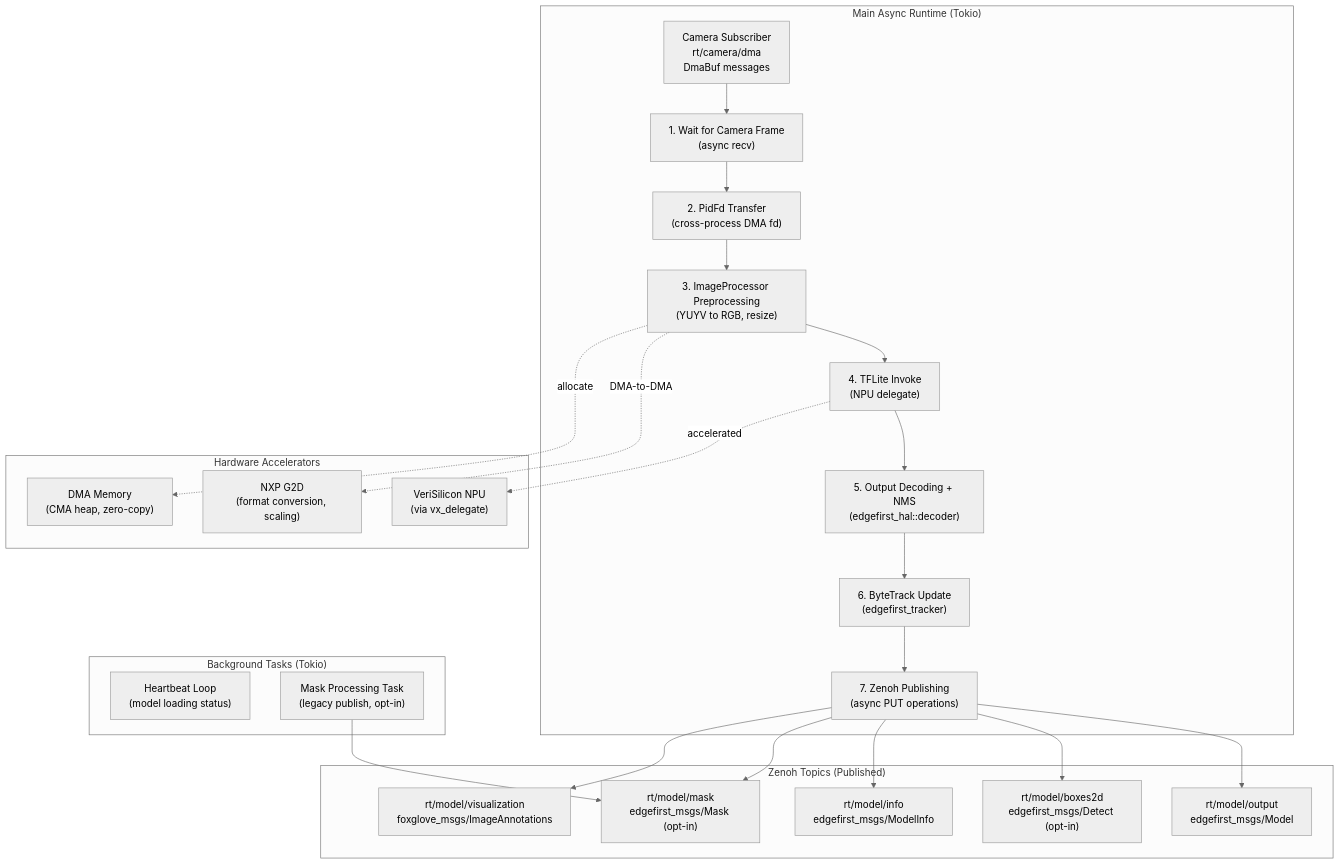
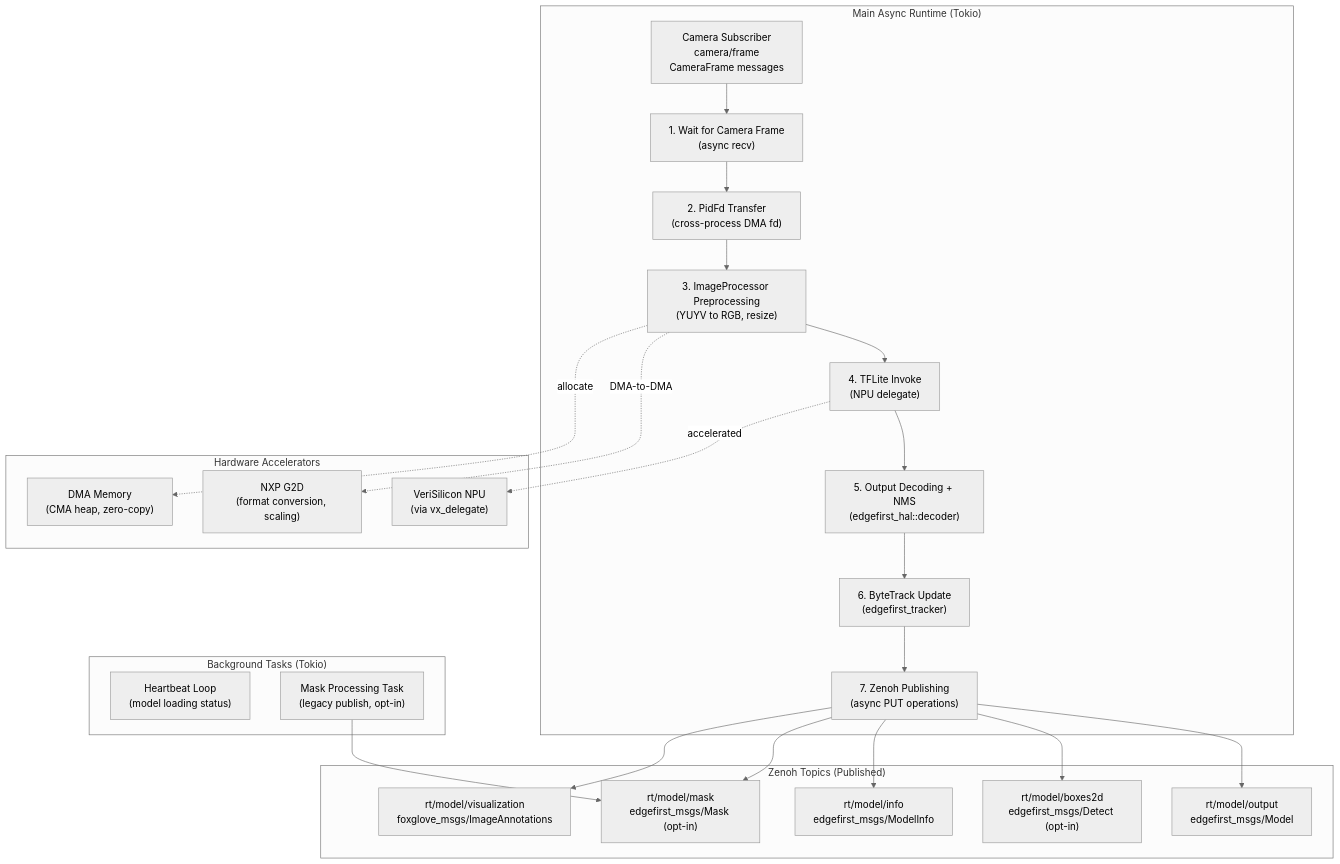
One commit to EdgeFirstAI/model changed the first of 5 diagrams in ARCHITECTURE.md. Above: the diagram before and after it, drawn with Mermaid (neutral theme). The commit also changed other lines of this file and 15 other files, not shown here.

First line of the commit message:
DE-2674: Migrate model to HAL 0.28 and CameraFrame

````diff
--- a/ARCHITECTURE.md
+++ b/ARCHITECTURE.md
@@ -29,52 +29,52 @@
 ```mermaid
 graph TB
     subgraph "Main Async Runtime (Tokio)"
-        CamSub["Camera Subscriber<br/>rt/camera/dma<br/>DmaBuf messages"]
+        CamSub["Camera Subscriber<br/>camera/frame<br/>CameraFrame messages"]
         WaitFrame["1. Wait for Camera Frame<br/>(async recv)"]
         PidFd["2. PidFd Transfer<br/>(cross-process DMA fd)"]
         G2DPrep["3. ImageProcessor Preprocessing<br/>(YUYV to RGB, resize)"]
         Inference["4. TFLite Invoke<br/>(NPU delegate)"]
         Decode["5. Output Decoding + NMS<br/>(edgefirst_hal::decoder)"]
         Track["6. ByteTrack Update<br/>(edgefirst_tracker)"]
         Publish["7. Zenoh Publishing<br/>(async PUT operations)"]
 
         CamSub --> WaitFrame
         WaitFrame --> PidFd
         PidFd --> G2DPrep
         G2DPrep --> Inference
         Inference --> Decode
         Decode --> Track
         Track --> Publish
     end
 
     subgraph "Background Tasks (Tokio)"
         Heartbeat["Heartbeat Loop<br/>(model loading status)"]
         MaskTask["Mask Processing Task<br/>(legacy publish, opt-in)"]
     end
 
     subgraph "Zenoh Topics (Published)"
         OutputTop["rt/model/output<br/>edgefirst_msgs/Model"]
         InfoTop["rt/model/info<br/>edgefirst_msgs/ModelInfo"]
         DetectTop["rt/model/boxes2d<br/>edgefirst_msgs/Detect (opt-in)"]
         MaskTop["rt/model/mask<br/>edgefirst_msgs/Mask (opt-in)"]
         VisualTop["rt/model/visualization<br/>foxglove_msgs/ImageAnnotations"]
     end
 
     subgraph "Hardware Accelerators"
         NPU["VeriSilicon NPU<br/>(via vx_delegate)"]
         G2D["NXP G2D<br/>(format conversion, scaling)"]
         DMA["DMA Memory<br/>(CMA heap, zero-copy)"]
     end
 
     Publish --> OutputTop
     Publish --> DetectTop
     Publish --> InfoTop
     Publish --> MaskTop
     Publish --> VisualTop
 
     MaskTask --> MaskTop
 
     G2DPrep -.->|"DMA-to-DMA"| G2D
     Inference -.->|"accelerated"| NPU
     G2DPrep -.->|"allocate"| DMA
 ```
````
